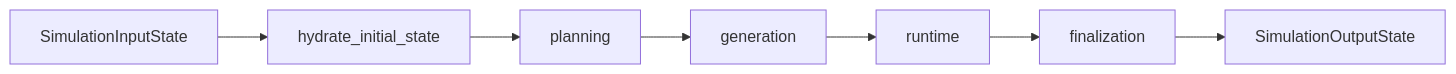
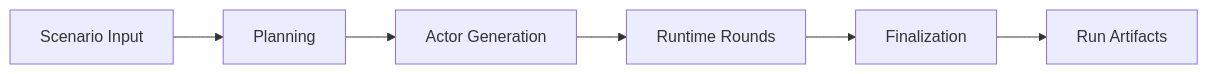
One commit to keonho-kim/simula changed the diagram in docs/workflows/README.md. Above: the diagram before and after it, drawn with Mermaid. The commit also changed other lines of this file and 513 other files, not shown here.

````diff
--- a/docs/workflows/README.md
+++ b/docs/workflows/README.md
@@ -7,9 +8,8 @@
 ```mermaid
 flowchart LR
-    Input["SimulationInputState"] --> Hydrate["hydrate_initial_state"]
-    Hydrate --> Planning["planning"]
-    Planning --> Generation["generation"]
-    Generation --> Runtime["runtime"]
-    Runtime --> Finalization["finalization"]
-    Finalization --> Output["SimulationOutputState"]
+    Input["Scenario Input"] --> Planning["Planning"]
+    Planning --> Generation["Actor Generation"]
+    Generation --> Runtime["Runtime Rounds"]
+    Runtime --> Finalization["Finalization"]
+    Finalization --> Output["Run Artifacts"]
 ```
````
